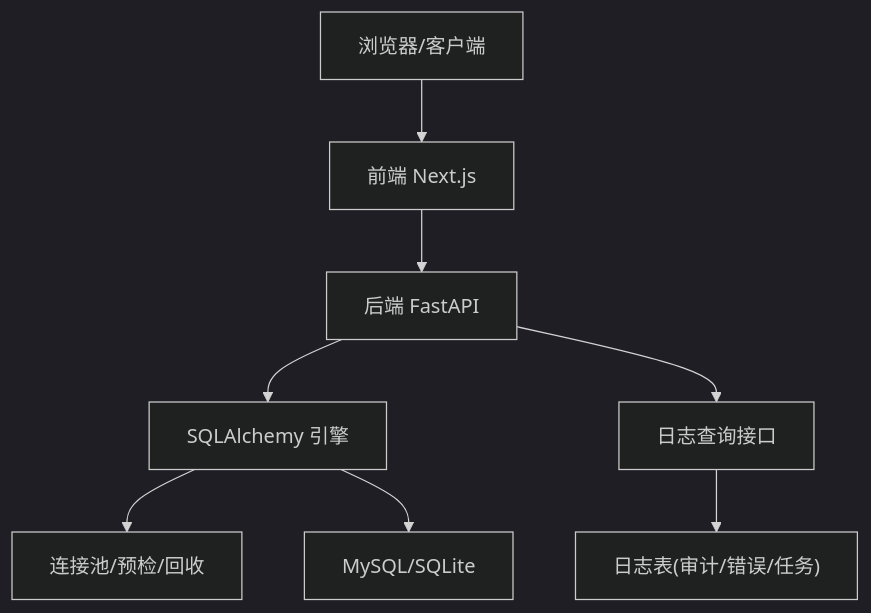
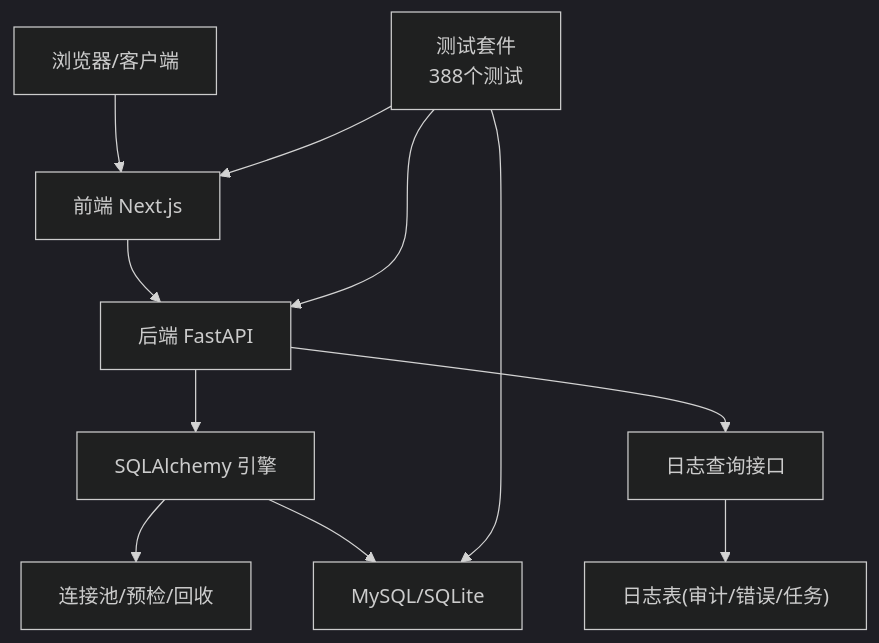
Before and after one commit to gujialind/InvestRing: the second of 9 diagrams in .qoder/repowiki/zh/content/故障排除与维护/故障排除与维护.md, drawn with Mermaid (dark theme). The commit also changed other lines of this file and 15 other files, not shown here.

````diff
--- a/.qoder/repowiki/zh/content/故障排除与维护/故障排除与维护.md
+++ b/.qoder/repowiki/zh/content/故障排除与维护/故障排除与维护.md
@@ -82,10 +101,13 @@
 ```mermaid
 graph TB
 Client["浏览器/客户端"] --> FE["前端 Next.js"]
 FE --> API["后端 FastAPI"]
 API --> Engine["SQLAlchemy 引擎"]
 Engine --> Pool["连接池/预检/回收"]
 Engine --> DB["MySQL/SQLite"]
 API --> LogsAPI["日志查询接口"]
 LogsAPI --> DBLogs["日志表(审计/错误/任务)"]
+TestSuite["测试套件<br/>388个测试"] --> API
+TestSuite --> DB
+TestSuite --> FE
 ```
````
